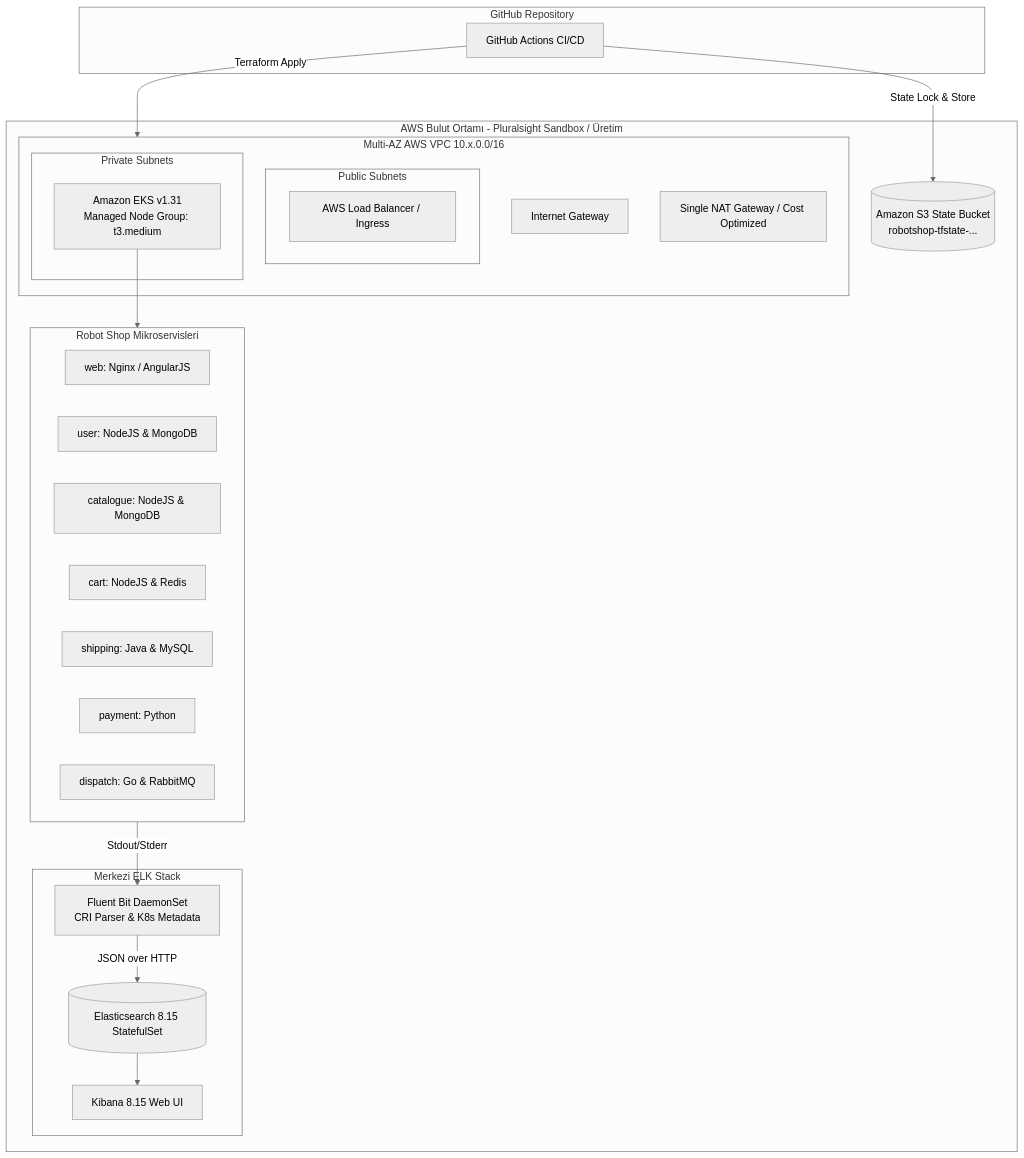
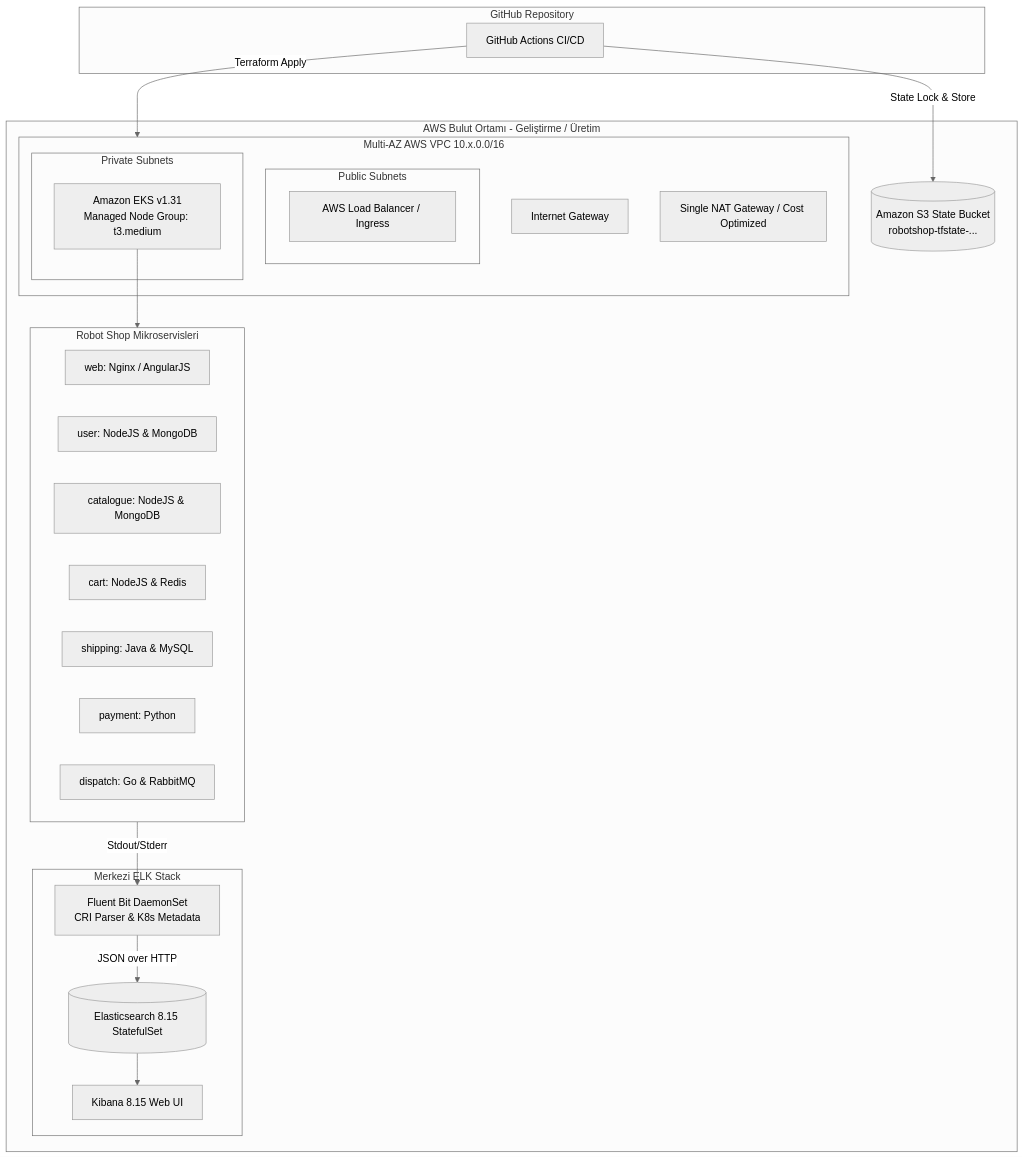
The diagram in docs/FULL_SETUP_AND_OPERATIONS_GUIDE.md (devopsatolyesi-labs/ecommerce-aws-elk-platform), drawn with Mermaid (neutral theme) before and after one commit. The commit also changed other lines of this file and 2 other files, not shown here.

Commit message:
docs: generalize cloud account guide and eliminate third-party sandbox references

````diff
--- a/docs/FULL_SETUP_AND_OPERATIONS_GUIDE.md
+++ b/docs/FULL_SETUP_AND_OPERATIONS_GUIDE.md
@@ -23,46 +23,46 @@
 ```mermaid
 flowchart TD
     subgraph GITHUB [GitHub Repository]
         GHA[GitHub Actions CI/CD]
     end
 
-    subgraph AWS_CLOUD [AWS Bulut Ortamı - Pluralsight Sandbox / Üretim]
+    subgraph AWS_CLOUD [AWS Bulut Ortamı - Geliştirme / Üretim]
         S3[(Amazon S3 State Bucket\nrobotshop-tfstate-...)]
 
         subgraph VPC [Multi-AZ AWS VPC 10.x.0.0/16]
             IGW[Internet Gateway]
             NAT[Single NAT Gateway / Cost Optimized]
             
             subgraph PUBLIC_SUBNETS [Public Subnets]
                 ALB[AWS Load Balancer / Ingress]
             end
 
             subgraph PRIVATE_SUBNETS [Private Subnets]
                 EKS[Amazon EKS v1.31\nManaged Node Group: t3.medium]
             end
         end
 
         subgraph APP [Robot Shop Mikroservisleri]
             WEB[web: Nginx / AngularJS]
             USER[user: NodeJS & MongoDB]
             CAT[catalogue: NodeJS & MongoDB]
             CART[cart: NodeJS & Redis]
             SHIP[shipping: Java & MySQL]
             PAY[payment: Python]
             DISP[dispatch: Go & RabbitMQ]
         end
 
         subgraph LOGGING [Merkezi ELK Stack]
             FB[Fluent Bit DaemonSet\nCRI Parser & K8s Metadata]
             ES[(Elasticsearch 8.15 StatefulSet)]
             KIB[Kibana 8.15 Web UI]
         end
     end
 
     GHA -->|Terraform Apply| VPC
     GHA -->|State Lock & Store| S3
     EKS --> APP
     APP -->|Stdout/Stderr| FB
     FB -->|JSON over HTTP| ES
     ES --> KIB
 ```
````
